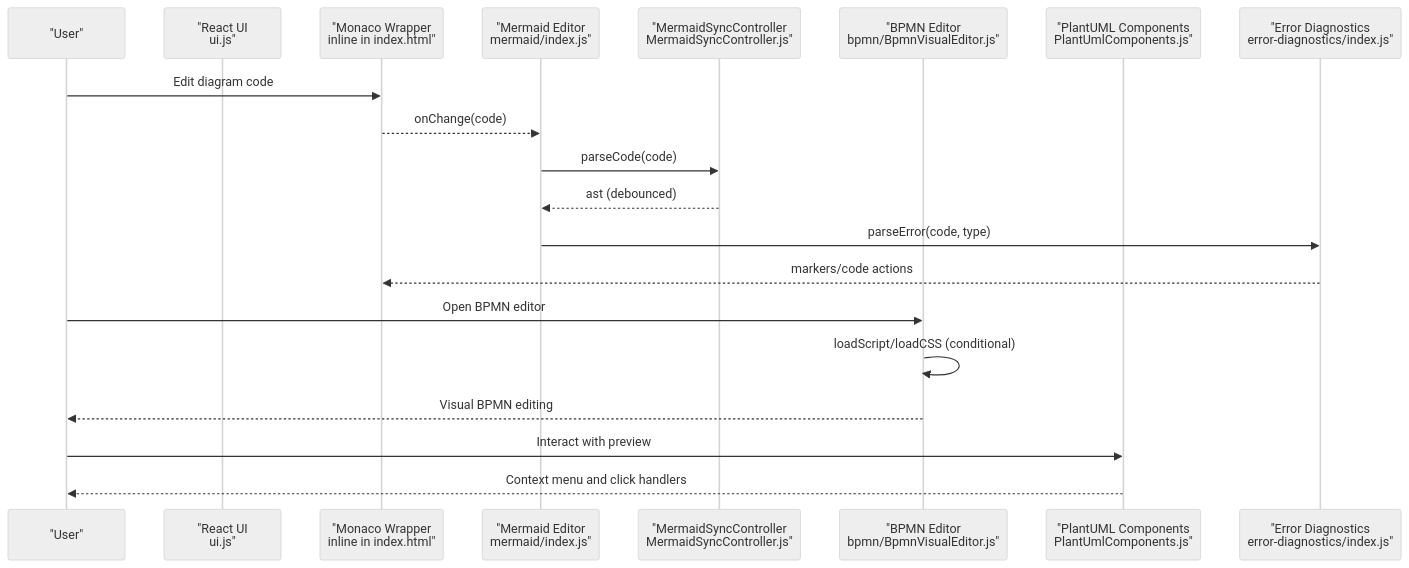
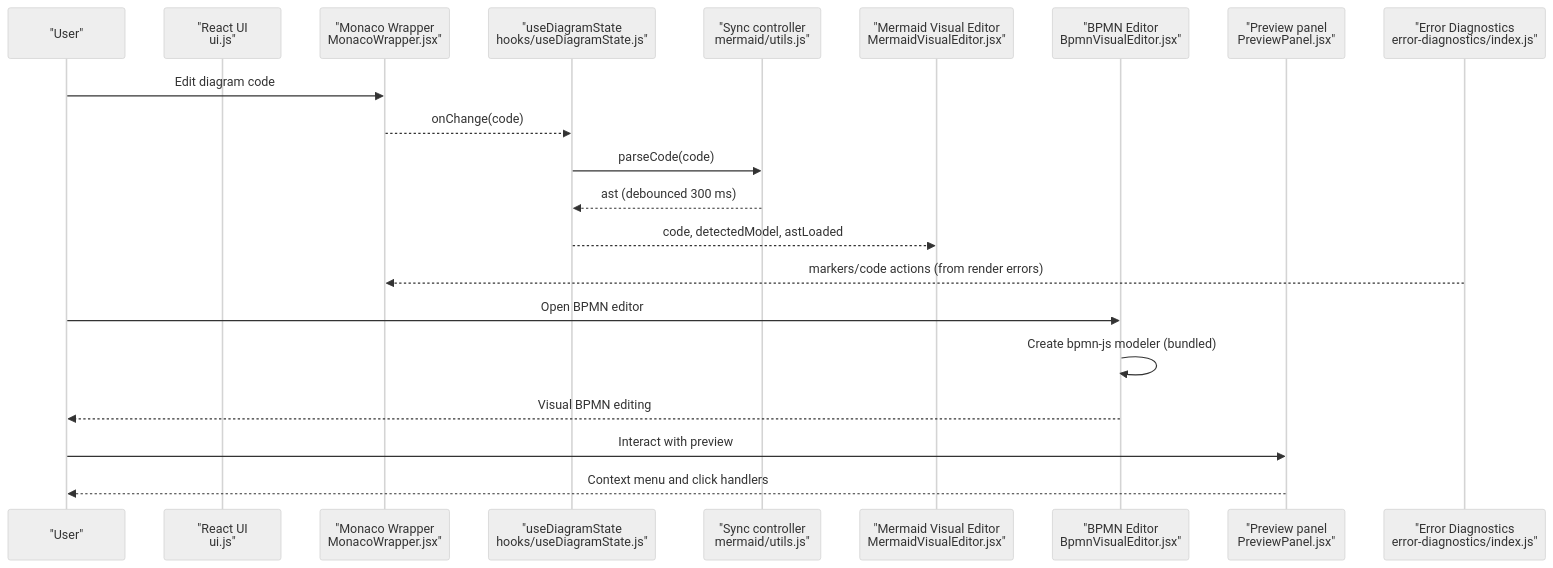
The second of 6 diagrams in .qoder/repowiki/en/content/Advanced Features/Performance Optimization.md (ongchonghian/universal-diagram-editor), drawn with Mermaid (neutral theme) before and after one commit. The commit also changed other lines of this file and 31 other files, not shown here.

````diff
--- a/.qoder/repowiki/en/content/Advanced Features/Performance Optimization.md
+++ b/.qoder/repowiki/en/content/Advanced Features/Performance Optimization.md
@@ -99,22 +101,23 @@
 ```mermaid
 sequenceDiagram
 participant U as "User"
 participant UI as "React UI<br/>ui.js"
-participant MW as "Monaco Wrapper<br/>inline in index.html"
-participant ME as "Mermaid Editor<br/>mermaid/index.js"
-participant MSC as "MermaidSyncController<br/>MermaidSyncController.js"
-participant BE as "BPMN Editor<br/>bpmn/BpmnVisualEditor.js"
-participant PU as "PlantUML Components<br/>PlantUmlComponents.js"
+participant MW as "Monaco Wrapper<br/>MonacoWrapper.jsx"
+participant ST as "useDiagramState<br/>hooks/useDiagramState.js"
+participant MSC as "Sync controller<br/>mermaid/utils.js"
+participant ME as "Mermaid Visual Editor<br/>MermaidVisualEditor.jsx"
+participant BE as "BPMN Editor<br/>BpmnVisualEditor.jsx"
+participant PU as "Preview panel<br/>PreviewPanel.jsx"
 participant ED as "Error Diagnostics<br/>error-diagnostics/index.js"
 U->>MW : Edit diagram code
-MW-->>ME : onChange(code)
-ME->>MSC : parseCode(code)
-MSC-->>ME : ast (debounced)
-ME->>ED : parseError(code, type)
-ED-->>MW : markers/code actions
+MW-->>ST : onChange(code)
+ST->>MSC : parseCode(code)
+MSC-->>ST : ast (debounced 300 ms)
+ST-->>ME : code, detectedModel, astLoaded
+ED-->>MW : markers/code actions (from render errors)
 U->>BE : Open BPMN editor
-BE->>BE : loadScript/loadCSS (conditional)
+BE->>BE : Create bpmn-js modeler (bundled)
 BE-->>U : Visual BPMN editing
 U->>PU : Interact with preview
 PU-->>U : Context menu and click handlers
 ```
````
